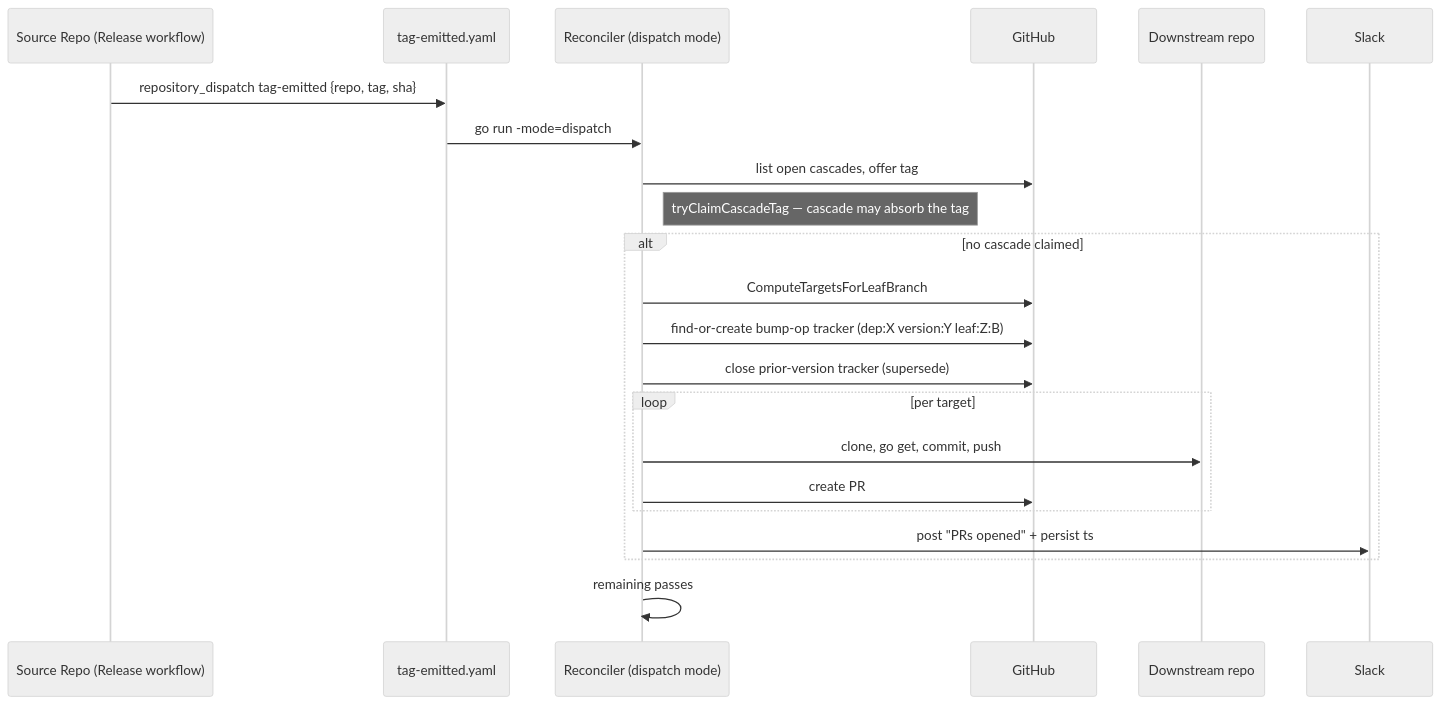
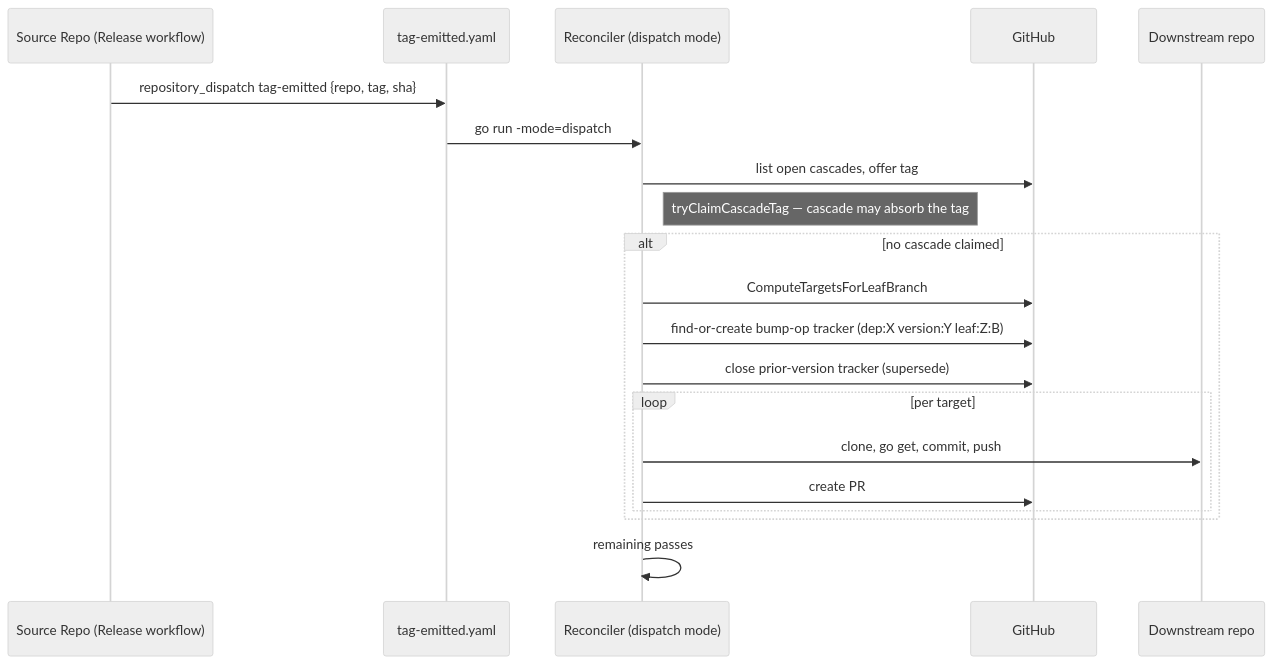
The third of 5 diagrams in ARCHITECTURE.md (rancher/frameworks-automation), drawn with Mermaid (neutral theme) before and after one commit. The commit also changed other lines of this file and 22 other files, not shown here.

````diff
--- a/ARCHITECTURE.md
+++ b/ARCHITECTURE.md
@@ -314,25 +309,23 @@
 ```mermaid
 sequenceDiagram
     participant rel as Source Repo (Release workflow)
     participant disp as tag-emitted.yaml
     participant rec as Reconciler (dispatch mode)
     participant gh as GitHub
     participant ds as Downstream repo
-    participant slack as Slack
 
     rel->>disp: repository_dispatch tag-emitted {repo, tag, sha}
     disp->>rec: go run -mode=dispatch
     rec->>gh: list open cascades, offer tag
     note right of rec: tryClaimCascadeTag — cascade may absorb the tag
     alt no cascade claimed
         rec->>gh: ComputeTargetsForLeafBranch
         rec->>gh: find-or-create bump-op tracker (dep:X version:Y leaf:Z:B)
         rec->>gh: close prior-version tracker (supersede)
         loop per target
             rec->>ds: clone, go get, commit, push
             rec->>gh: create PR
         end
-        rec->>slack: post "PRs opened" + persist ts
     end
     rec->>rec: remaining passes
 ```
````
